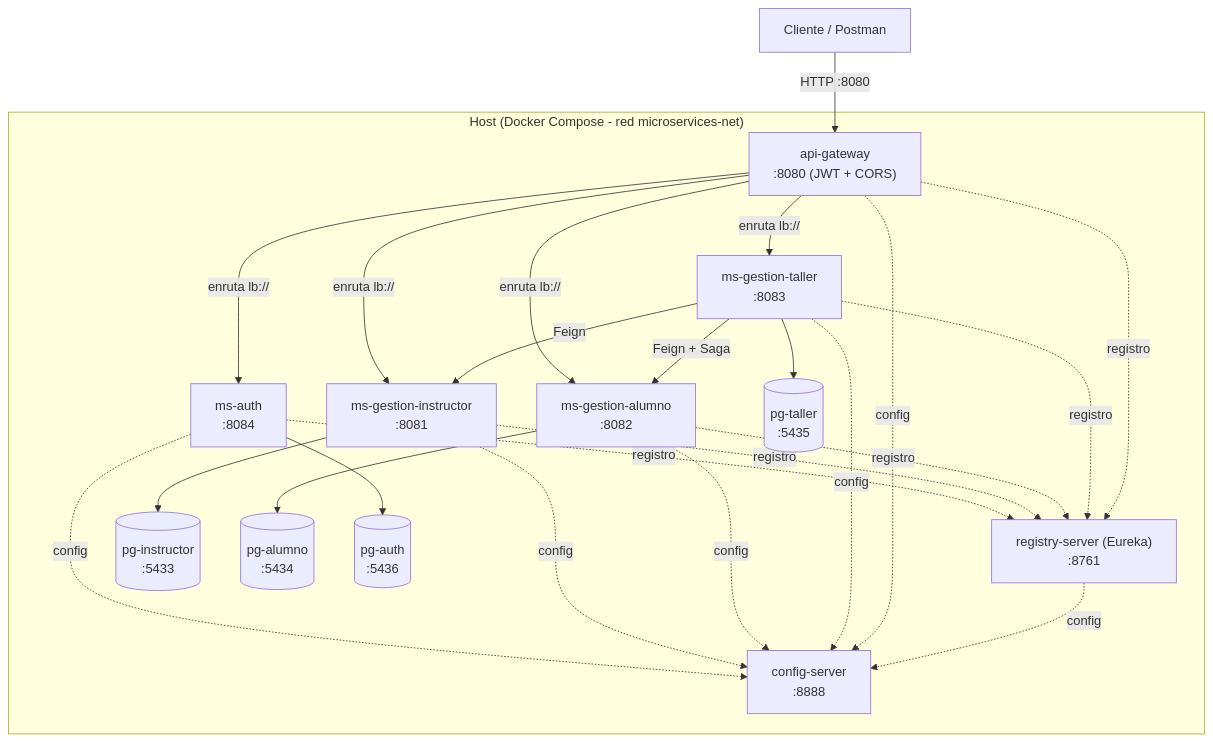
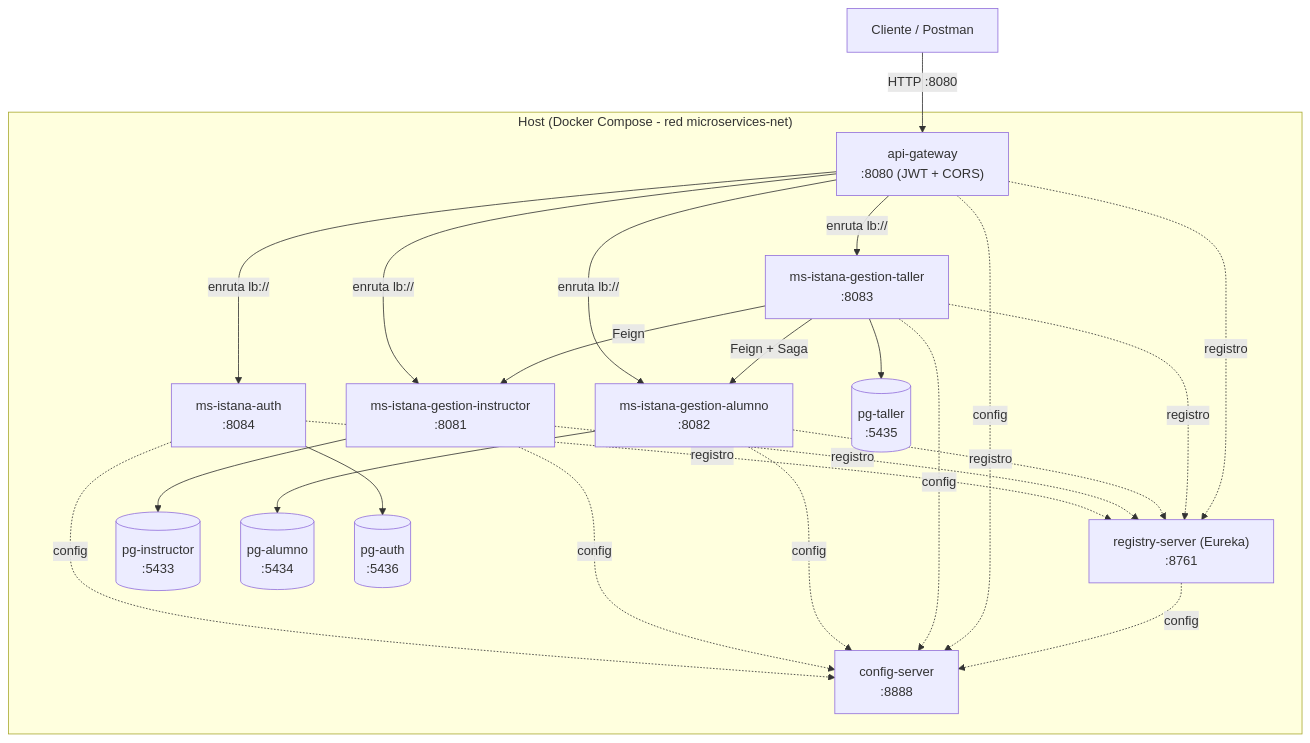
Before and after one commit to xteban-sp/dad-exa-u03: the diagram in DIAGRAMA_DESPLIEGUE.md, drawn with Mermaid. The commit also changed other lines of this file and 293 other files, not shown here.

````diff
--- a/DIAGRAMA_DESPLIEGUE.md
+++ b/DIAGRAMA_DESPLIEGUE.md
@@ -6,45 +6,45 @@
 ```mermaid
 graph TD
     Cliente["Cliente / Postman"] -->|HTTP :8080| GW
 
     subgraph host["Host (Docker Compose - red microservices-net)"]
         CFG["config-server<br/>:8888"]
         REG["registry-server (Eureka)<br/>:8761"]
         GW["api-gateway<br/>:8080 (JWT + CORS)"]
-        AUTH["ms-auth<br/>:8084"]
-        INS["ms-gestion-instructor<br/>:8081"]
-        ALU["ms-gestion-alumno<br/>:8082"]
-        TAL["ms-gestion-taller<br/>:8083"]
+        AUTH["ms-istana-auth<br/>:8084"]
+        INS["ms-istana-gestion-instructor<br/>:8081"]
+        ALU["ms-istana-gestion-alumno<br/>:8082"]
+        TAL["ms-istana-gestion-taller<br/>:8083"]
 
         PGI[("pg-instructor<br/>:5433")]
         PGA[("pg-alumno<br/>:5434")]
         PGT[("pg-taller<br/>:5435")]
         PGU[("pg-auth<br/>:5436")]
     end
 
     GW -->|enruta lb://| AUTH
     GW -->|enruta lb://| INS
     GW -->|enruta lb://| ALU
     GW -->|enruta lb://| TAL
 
     AUTH -.->|config| CFG
     INS -.->|config| CFG
     ALU -.->|config| CFG
     TAL -.->|config| CFG
     GW  -.->|config| CFG
     REG -.->|config| CFG
 
     AUTH -.->|registro| REG
     INS -.->|registro| REG
     ALU -.->|registro| REG
     TAL -.->|registro| REG
     GW  -.->|registro| REG
 
     TAL -->|Feign| INS
     TAL -->|Feign + Saga| ALU
 
     AUTH --> PGU
     INS --> PGI
     ALU --> PGA
     TAL --> PGT
 ```
````
